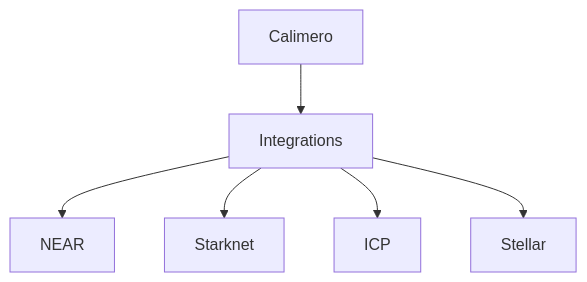
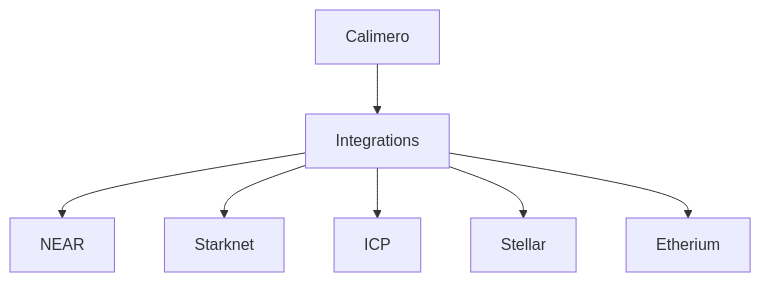
The first of 7 diagrams in docs/03-core-concepts/06-blockchain-integration.mdx (calimero-network/calimero-network.github.io), drawn with Mermaid before and after one commit. The commit also changed other lines of this file and 6 other files, not shown here.

````diff
--- a/docs/03-core-concepts/06-blockchain-integration.mdx
+++ b/docs/03-core-concepts/06-blockchain-integration.mdx
@@ -24,8 +25,9 @@
 ```mermaid
 graph TD
 A[Calimero] --> B[Integrations]
 B --> C[NEAR]
 B --> D[Starknet]
 B --> E[ICP]
 B --> F[Stellar]
+B --> G[Etherium]
 ```
````
